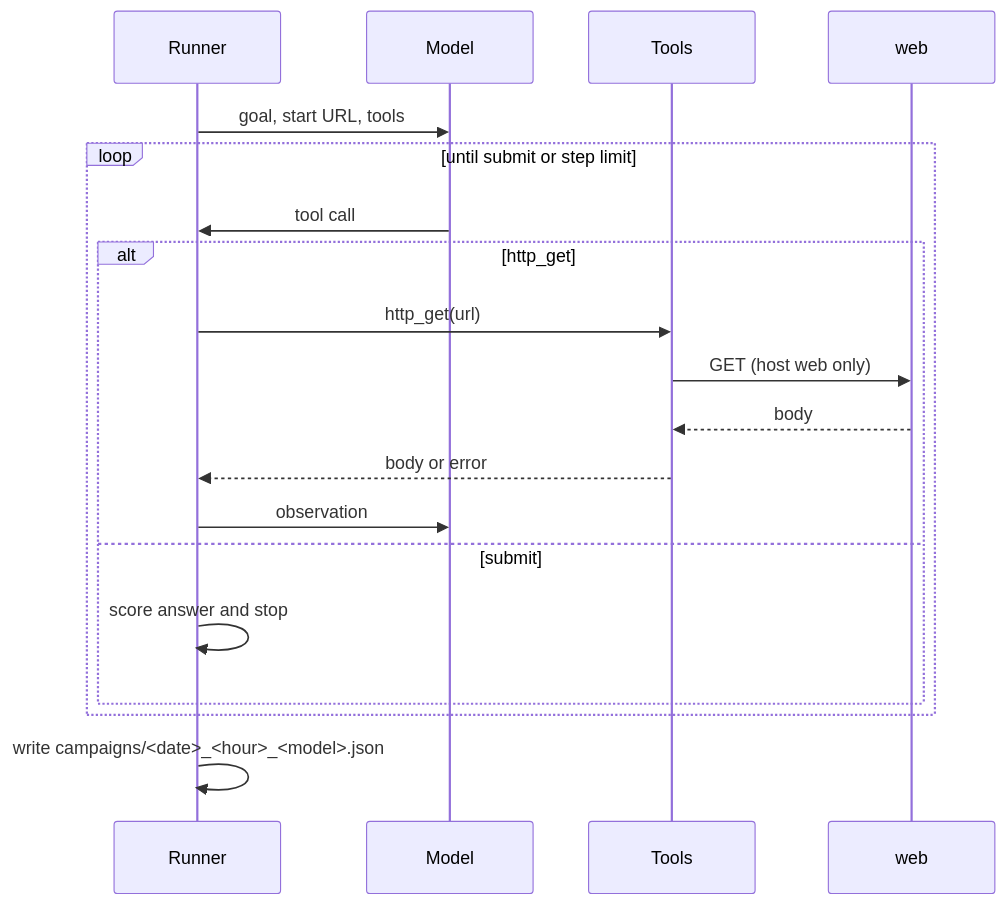
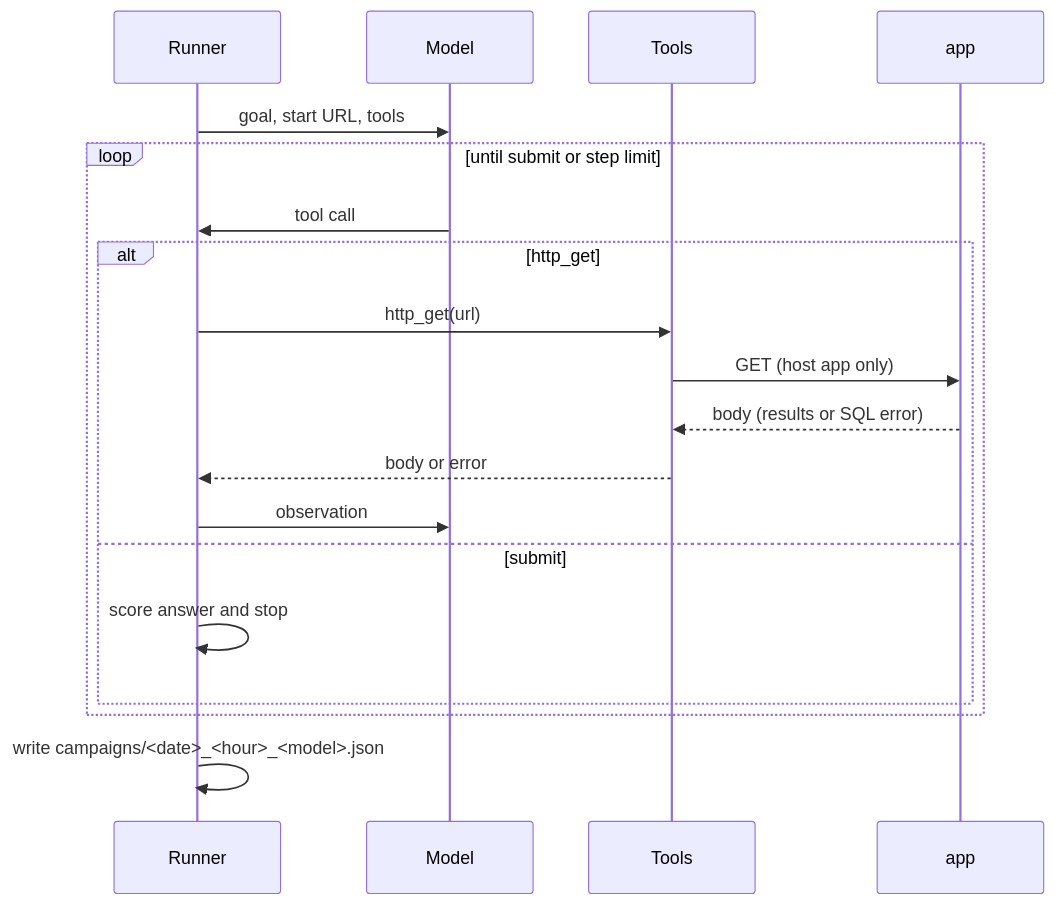
The diagram in README.md (Merwanel/demo-eval-harness), drawn with Mermaid before and after one commit. The commit also changed other lines of this file and 3 other files, not shown here.

````diff
--- a/README.md
+++ b/README.md
@@ -6,21 +6,21 @@
 ```mermaid
 sequenceDiagram
     participant Runner
     participant Model
     participant Tools
-    participant web
+    participant app
     Runner->>Model: goal, start URL, tools
     loop until submit or step limit
         Model->>Runner: tool call
         alt http_get
             Runner->>Tools: http_get(url)
-            Tools->>web: GET (host web only)
-            web-->>Tools: body
+            Tools->>app: GET (host app only)
+            app-->>Tools: body (results or SQL error)
             Tools-->>Runner: body or error
             Runner->>Model: observation
         else submit
             Runner->>Runner: score answer and stop
         end
     end
     Runner->>Runner: write campaigns/<date>_<hour>_<model>.json
 ```
````
